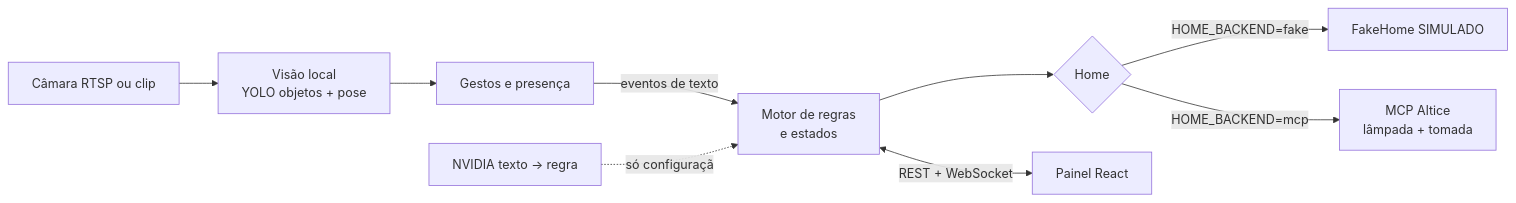
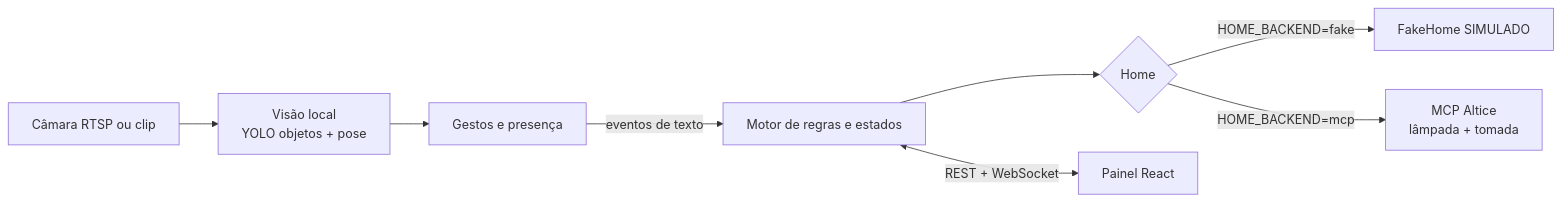
Before and after one commit to souofrancisco/homemind: the diagram in README.md, drawn with Mermaid. The commit also changed other lines of this file and 51 other files, not shown here.

````diff
--- a/README.md
+++ b/README.md
@@ -11,11 +32,10 @@
 ```mermaid
 flowchart LR
-  C[Câmara RTSP ou clip] --> V[Visão local<br/>YOLO objetos + pose]
-  V --> G[Gestos e presença]
-  G -->|eventos de texto| M[Motor de regras<br/>e estados]
-  M --> H{Home}
-  H -->|HOME_BACKEND=fake| F[FakeHome SIMULADO]
-  H -->|HOME_BACKEND=mcp| A[MCP Altice<br/>lâmpada + tomada]
-  M <-->|REST + WebSocket| U[Painel React]
-  N[NVIDIA texto → regra] -.só configuração.-> M
+  C["Câmara RTSP ou clip"] --> V["Visão local<br/>YOLO objetos + pose"]
+  V --> G["Gestos e presença"]
+  G -->|"eventos de texto"| M["Motor de regras e estados"]
+  M --> H{"Home"}
+  H -->|"HOME_BACKEND=fake"| F["FakeHome SIMULADO"]
+  H -->|"HOME_BACKEND=mcp"| A["MCP Altice<br/>lâmpada + tomada"]
+  M <-->|"REST + WebSocket"| U["Painel React"]
 ```
````
